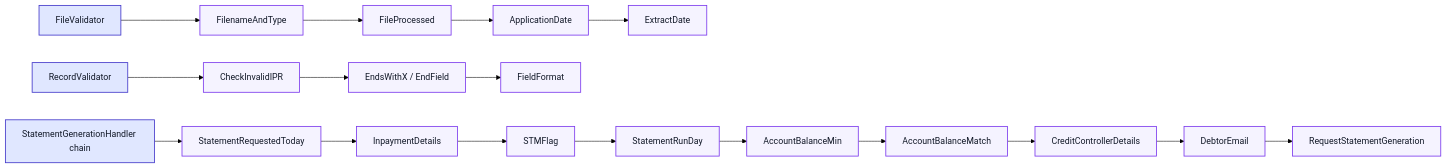
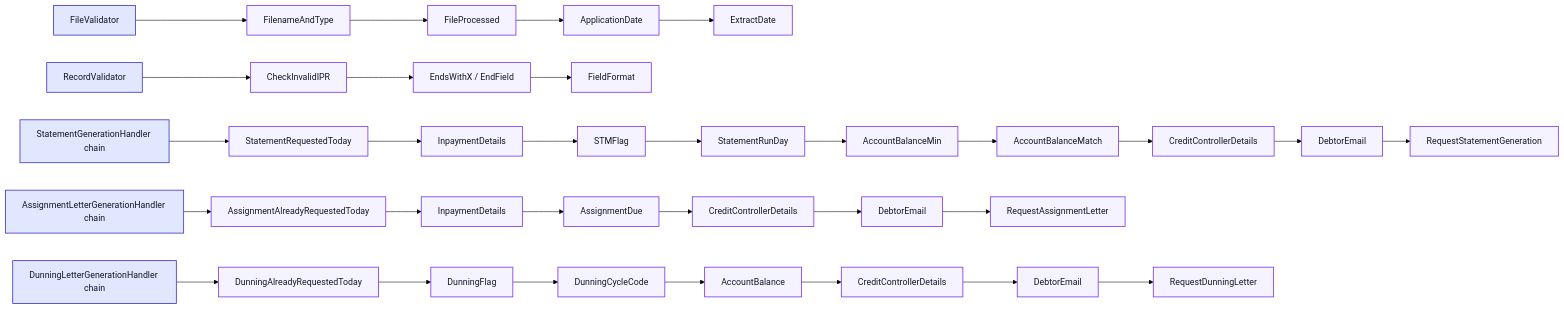
The fifth of 15 diagrams in helper/src/diagrams/architecture.md (shahanur-reza-wipro/general), drawn with Mermaid (forest theme) before and after one commit. The commit also changed other lines of this file and 1 other file, not shown here.

Commit message:
architecture docs

````diff
--- a/helper/src/diagrams/architecture.md
+++ b/helper/src/diagrams/architecture.md
@@ -257,31 +422,48 @@
 ```mermaid
 flowchart LR
     FV[FileValidator]
     RC[RecordValidator]
     SG[StatementGenerationHandler chain]
+  AG[AssignmentLetterGenerationHandler chain]
+  DG[DunningLetterGenerationHandler chain]
 
     FV --> FV1[FilenameAndType]
     FV1 --> FV2[FileProcessed]
     FV2 --> FV3[ApplicationDate]
     FV3 --> FV4[ExtractDate]
 
     RC --> RC1[CheckInvalidIPR]
     RC1 --> RC2[EndsWithX / EndField]
     RC2 --> RC3[FieldFormat]
 
     SG --> SG1[StatementRequestedToday]
     SG1 --> SG2[InpaymentDetails]
     SG2 --> SG3[STMFlag]
     SG3 --> SG4[StatementRunDay]
     SG4 --> SG5[AccountBalanceMin]
     SG5 --> SG6[AccountBalanceMatch]
     SG6 --> SG7[CreditControllerDetails]
     SG7 --> SG8[DebtorEmail]
     SG8 --> SG9[RequestStatementGeneration]
 
+    AG --> AG1[AssignmentAlreadyRequestedToday]
+    AG1 --> AG2[InpaymentDetails]
+    AG2 --> AG3[AssignmentDue]
+    AG3 --> AG4[CreditControllerDetails]
+    AG4 --> AG5[DebtorEmail]
+    AG5 --> AG6[RequestAssignmentLetter]
+
+    DG --> DG1[DunningAlreadyRequestedToday]
+    DG1 --> DG2[DunningFlag]
+    DG2 --> DG3[DunningCycleCode]
+    DG3 --> DG4[AccountBalance]
+    DG4 --> DG5[CreditControllerDetails]
+    DG5 --> DG6[DebtorEmail]
+    DG6 --> DG7[RequestDunningLetter]
+
     classDef pipeline fill:#E0E7FF,stroke:#4338CA,color:#111827,stroke-width:1.5px;
     classDef condition fill:#F5F3FF,stroke:#7C3AED,color:#111827,stroke-width:1.5px;
 
-    class FV,RC,SG pipeline;
-    class FV1,FV2,FV3,FV4,RC1,RC2,RC3,SG1,SG2,SG3,SG4,SG5,SG6,SG7,SG8,SG9 condition;
+    class FV,RC,SG,AG,DG pipeline;
+    class FV1,FV2,FV3,FV4,RC1,RC2,RC3,SG1,SG2,SG3,SG4,SG5,SG6,SG7,SG8,SG9,AG1,AG2,AG3,AG4,AG5,AG6,DG1,DG2,DG3,DG4,DG5,DG6,DG7 condition;
 ```
````
